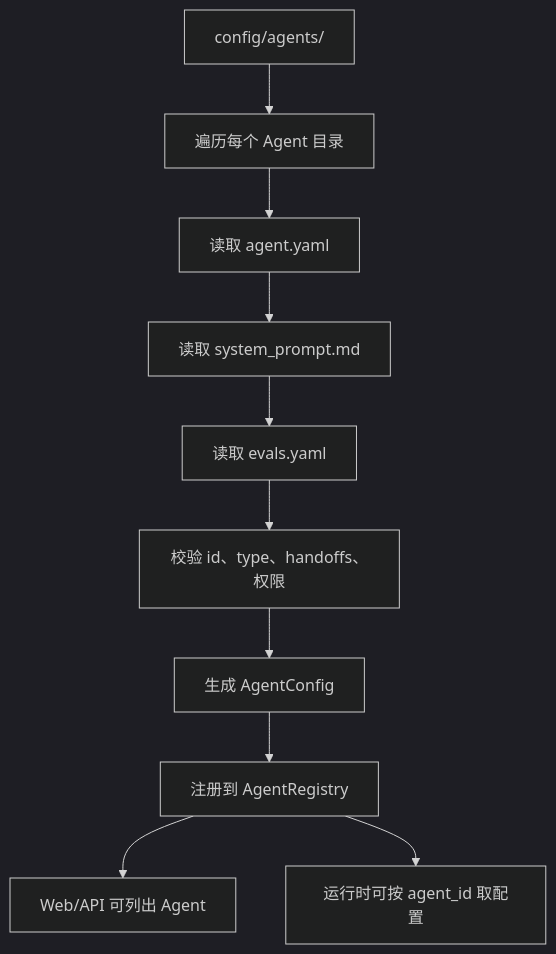
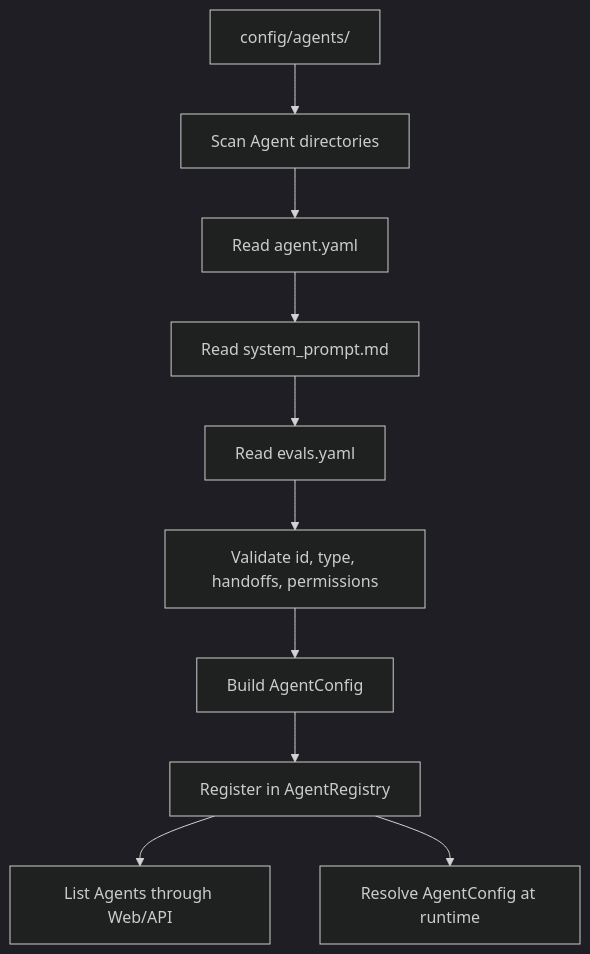
One commit to youkuxiaobin/task-pilot-agent changed the sixth of 18 diagrams in README.md. Above: the diagram before and after it, drawn with Mermaid (dark theme). The commit also changed other lines of this file and 1 other file, not shown here.

````diff
--- a/README.md
+++ b/README.md
@@ -127,12 +144,12 @@
 ```mermaid
 flowchart TD
-  A["config/agents/"] --> B["遍历每个 Agent 目录"]
-  B --> C["读取 agent.yaml"]
-  C --> D["读取 system_prompt.md"]
-  D --> E["读取 evals.yaml"]
-  E --> F["校验 id、type、handoffs、权限"]
-  F --> G["生成 AgentConfig"]
-  G --> H["注册到 AgentRegistry"]
-  H --> I["Web/API 可列出 Agent"]
-  H --> J["运行时可按 agent_id 取配置"]
+  A["config/agents/"] --> B["Scan Agent directories"]
+  B --> C["Read agent.yaml"]
+  C --> D["Read system_prompt.md"]
+  D --> E["Read evals.yaml"]
+  E --> F["Validate id, type, handoffs, permissions"]
+  F --> G["Build AgentConfig"]
+  G --> H["Register in AgentRegistry"]
+  H --> I["List Agents through Web/API"]
+  H --> J["Resolve AgentConfig at runtime"]
 ```
````
